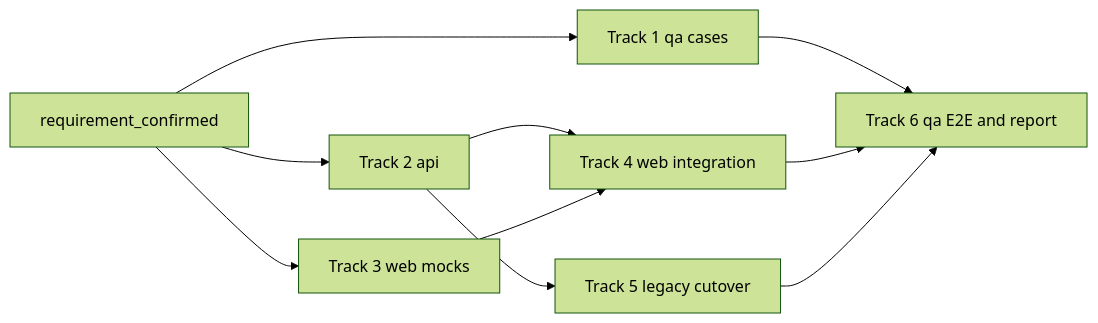
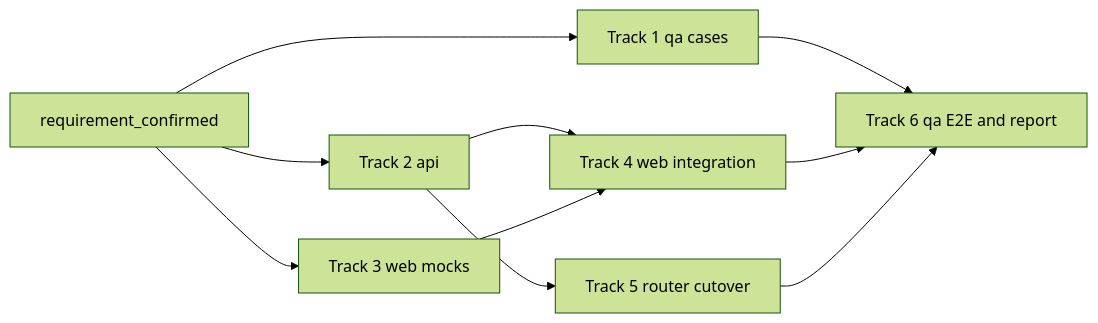
One commit to giangdhwhtbr/gin-workflow changed the second of 2 diagrams in docs/starters/brownfield.md. Above: the diagram before and after it, drawn with Mermaid (forest theme). The commit also changed other lines of this file and 3 other files, not shown here.

````diff
--- a/docs/starters/brownfield.md
+++ b/docs/starters/brownfield.md
@@ -380,12 +378,12 @@
 ```mermaid
 flowchart LR
   S["requirement_confirmed"] --> T1["Track 1 qa cases"]
   S --> T2["Track 2 api"]
   S --> T3["Track 3 web mocks"]
   T2 --> T4["Track 4 web integration"]
   T3 --> T4
-  T2 --> T5["Track 5 legacy cutover"]
+  T2 --> T5["Track 5 router cutover"]
   T1 --> T6["Track 6 qa E2E and report"]
   T4 --> T6
   T5 --> T6
 ```
````
